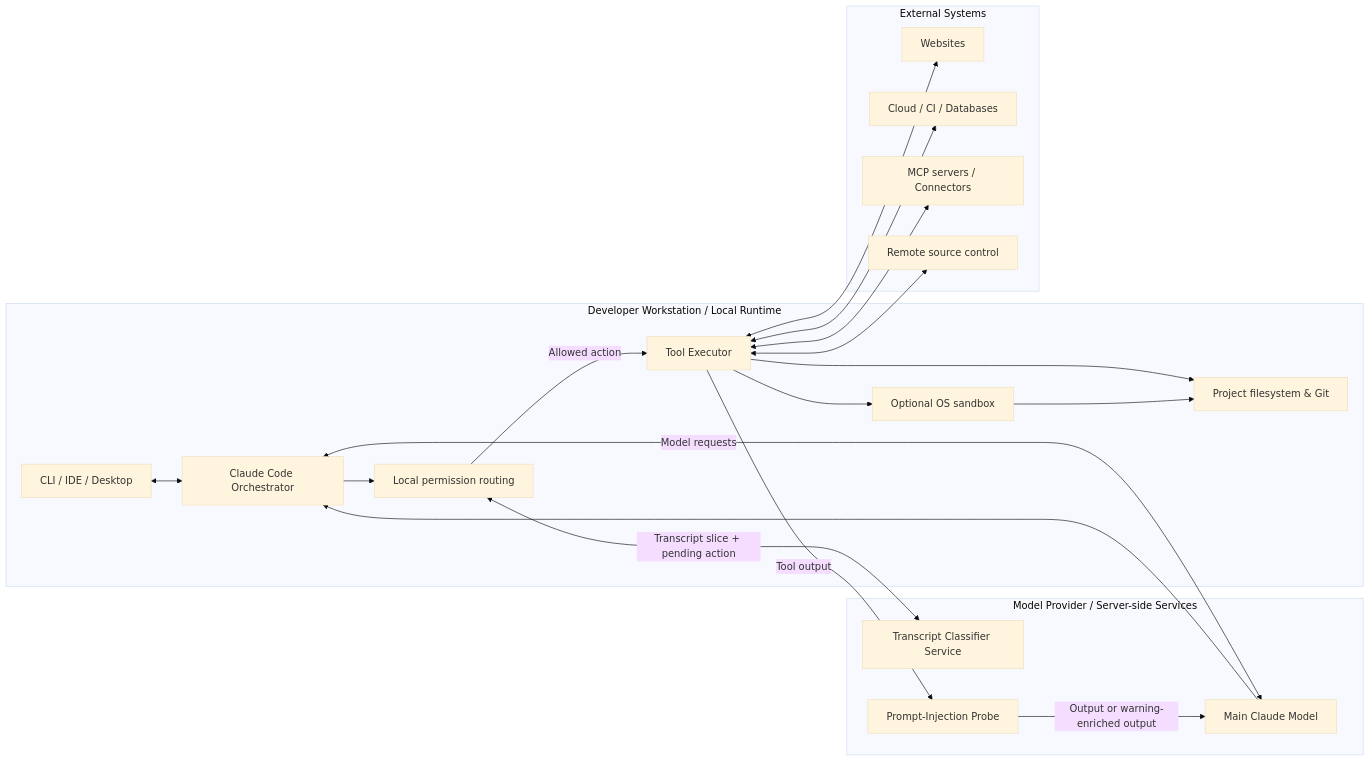
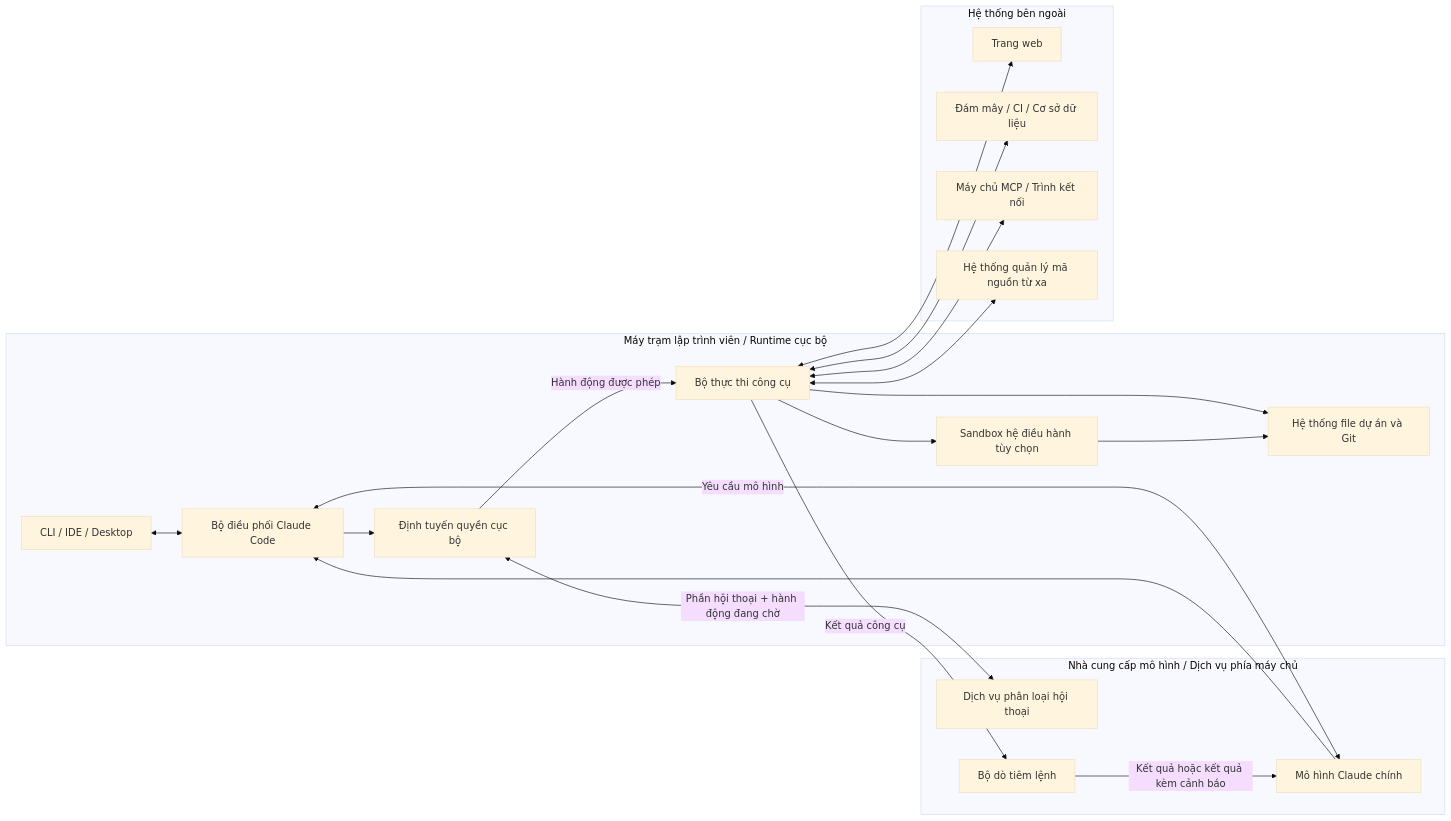
The fifth of 6 diagrams in claude_code/claude-code-auto-mode.md (TriNguyen1208/Software_Architecture), drawn with Mermaid (base theme) before and after one commit. The commit also changed other lines of this file, not shown here.

Commit message:
docs: Change language of diagram to vietnameseD

````diff
--- a/claude_code/claude-code-auto-mode.md
+++ b/claude_code/claude-code-auto-mode.md
@@ -444,43 +446,43 @@
 ```mermaid
 flowchart LR
-    subgraph W["Developer Workstation / Local Runtime"]
+    subgraph W["Máy trạm lập trình viên / Runtime cục bộ"]
         UI["CLI / IDE / Desktop"]
-        ORCH["Claude Code Orchestrator"]
-        GATE["Local permission routing"]
-        EXEC["Tool Executor"]
-        FS["Project filesystem & Git"]
-        SB["Optional OS sandbox"]
+        ORCH["Bộ điều phối Claude Code"]
+        GATE["Định tuyến quyền cục bộ"]
+        EXEC["Bộ thực thi công cụ"]
+        FS["Hệ thống file dự án và Git"]
+        SB["Sandbox hệ điều hành tùy chọn"]
     end
 
-    subgraph P["Model Provider / Server-side Services"]
-        MAIN["Main Claude Model"]
-        CL["Transcript Classifier Service"]
-        PI["Prompt-Injection Probe"]
+    subgraph P["Nhà cung cấp mô hình / Dịch vụ phía máy chủ"]
+        MAIN["Mô hình Claude chính"]
+        CL["Dịch vụ phân loại hội thoại"]
+        PI["Bộ dò tiêm lệnh"]
     end
 
-    subgraph E["External Systems"]
-        WEB["Websites"]
-        CLOUD["Cloud / CI / Databases"]
-        MCPP["MCP servers / Connectors"]
-        GIT["Remote source control"]
+    subgraph E["Hệ thống bên ngoài"]
+        WEB["Trang web"]
+        CLOUD["Đám mây / CI / Cơ sở dữ liệu"]
+        MCPP["Máy chủ MCP / Trình kết nối"]
+        GIT["Hệ thống quản lý mã nguồn từ xa"]
     end
 
     UI <--> ORCH
-    ORCH <-->|"Model requests"| MAIN
+    ORCH <-->|"Yêu cầu mô hình"| MAIN
     ORCH --> GATE
-    GATE <-->|"Transcript slice + pending action"| CL
-    GATE -->|"Allowed action"| EXEC
+    GATE <-->|"Phần hội thoại + hành động đang chờ"| CL
+    GATE -->|"Hành động được phép"| EXEC
 
     EXEC --> FS
     EXEC --> SB
     SB --> FS
 
     EXEC <--> WEB
     EXEC <--> CLOUD
     EXEC <--> MCPP
     EXEC <--> GIT
 
-    EXEC -->|"Tool output"| PI
-    PI -->|"Output or warning-enriched output"| MAIN
+    EXEC -->|"Kết quả công cụ"| PI
+    PI -->|"Kết quả hoặc kết quả kèm cảnh báo"| MAIN
     MAIN --> ORCH
 ```
````
